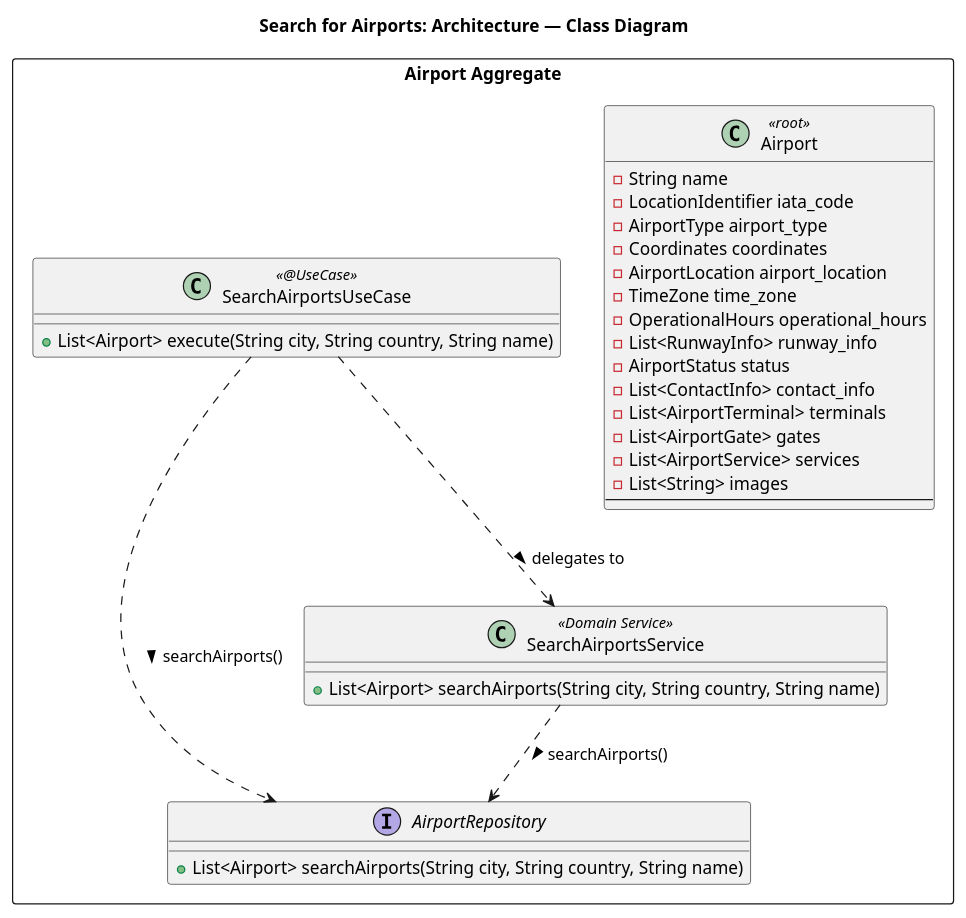
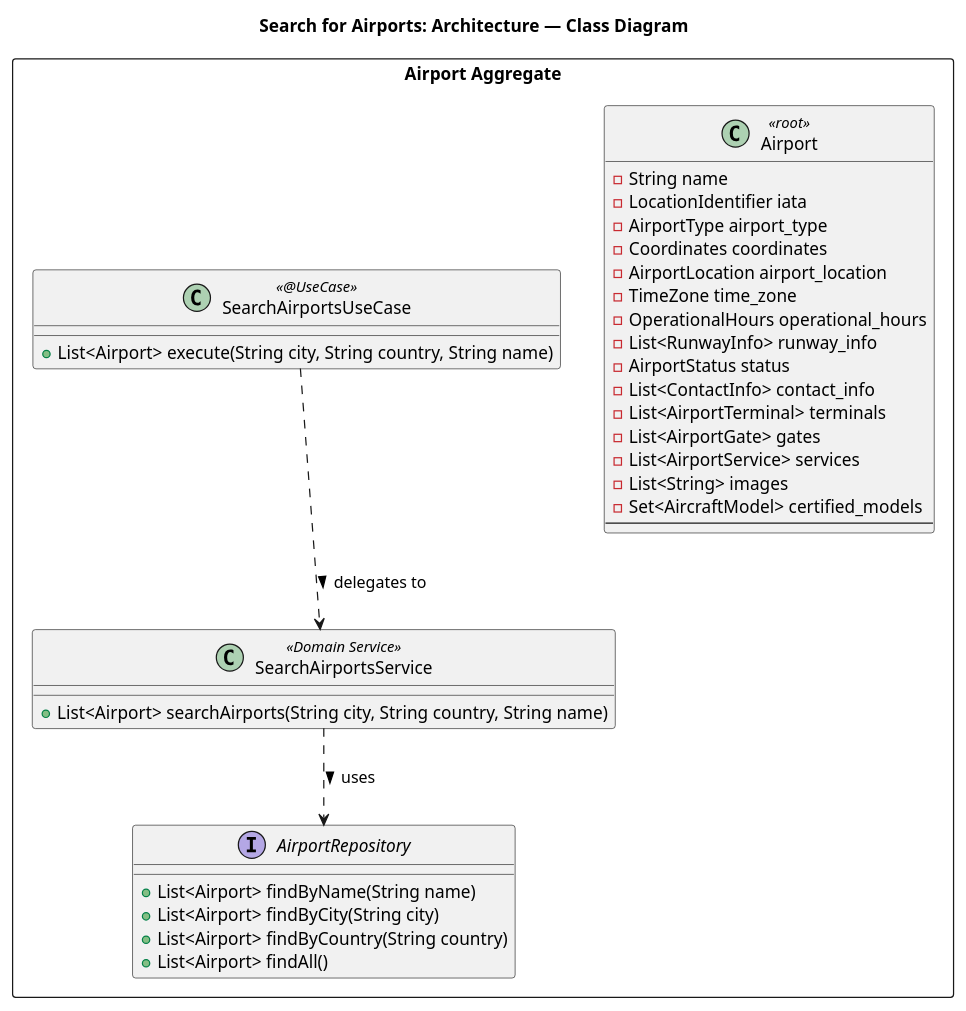
One commit to miguelsiilva1/PSOFT_1241008_1241131_1200858_1210977 changed the diagram in docs/system-documentation/WP#2A/US108/US108_CD/US108_CD.puml. Above: the diagram before and after it, drawn with PlantUML. The commit also changed 60 other files, not shown here.

```diff
--- a/docs/system-documentation/WP#2A/US108/US108_CD/US108_CD.puml
+++ b/docs/system-documentation/WP#2A/US108/US108_CD/US108_CD.puml
@@ -1,42 +1,45 @@
 @startuml
 'https://plantuml.com/class-diagram
 
 title Search for Airports: Architecture — Class Diagram
 
 package "Airport Aggregate" <<rectangle>> {
     class Airport <<root>> {
         - String name
-        - LocationIdentifier iata_code
+        - LocationIdentifier iata
         - AirportType airport_type
         - Coordinates coordinates
         - AirportLocation airport_location
         - TimeZone time_zone
         - OperationalHours operational_hours
         - List<RunwayInfo> runway_info
         - AirportStatus status
         - List<ContactInfo> contact_info
         - List<AirportTerminal> terminals
         - List<AirportGate> gates
         - List<AirportService> services
         - List<String> images
+        - Set<AircraftModel> certified_models
         ---
     }
 
     interface AirportRepository {
-        + List<Airport> searchAirports(String city, String country, String name)
+        + List<Airport> findByName(String name)
+        + List<Airport> findByCity(String city)
+        + List<Airport> findByCountry(String country)
+        + List<Airport> findAll()
     }
 
     class SearchAirportsService <<Domain Service>> {
         + List<Airport> searchAirports(String city, String country, String name)
     }
 
     class SearchAirportsUseCase <<@UseCase>> {
         + List<Airport> execute(String city, String country, String name)
     }
 
-    SearchAirportsUseCase ..> AirportRepository : searchAirports() >
     SearchAirportsUseCase ..> SearchAirportsService : delegates to >
-    SearchAirportsService ..> AirportRepository : searchAirports() >
+    SearchAirportsService ..> AirportRepository : uses >
 }
 
 @enduml
```
